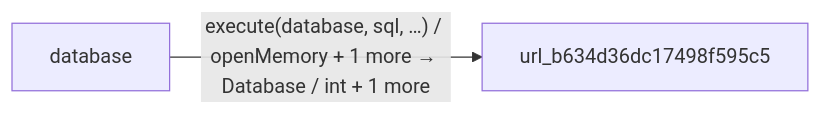
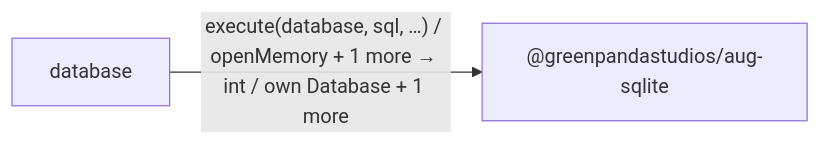
One commit to GreenPandaStudios/augscript changed the second of 2 diagrams in docs/examples/native-sqlite/diagrams/index.md. Above: the diagram before and after it, drawn with Mermaid. The commit also changed other lines of this file and 133 other files, not shown here.

````diff
--- a/docs/examples/native-sqlite/diagrams/index.md
+++ b/docs/examples/native-sqlite/diagrams/index.md
@@ -30,6 +30,6 @@
 ```mermaid
 flowchart LR
     n0["database"]
-    n1["url_b634d36dc17498f595c5"]
-    n0 -->|"execute(database, sql, …) / openMemory + 1 more → Database / int + 1 more"| n1
+    n1["@greenpandastudios/aug-sqlite"]
+    n0 -->|"execute(database, sql, …) / openMemory + 1 more → int / own Database + 1 more"| n1
 ```
````
